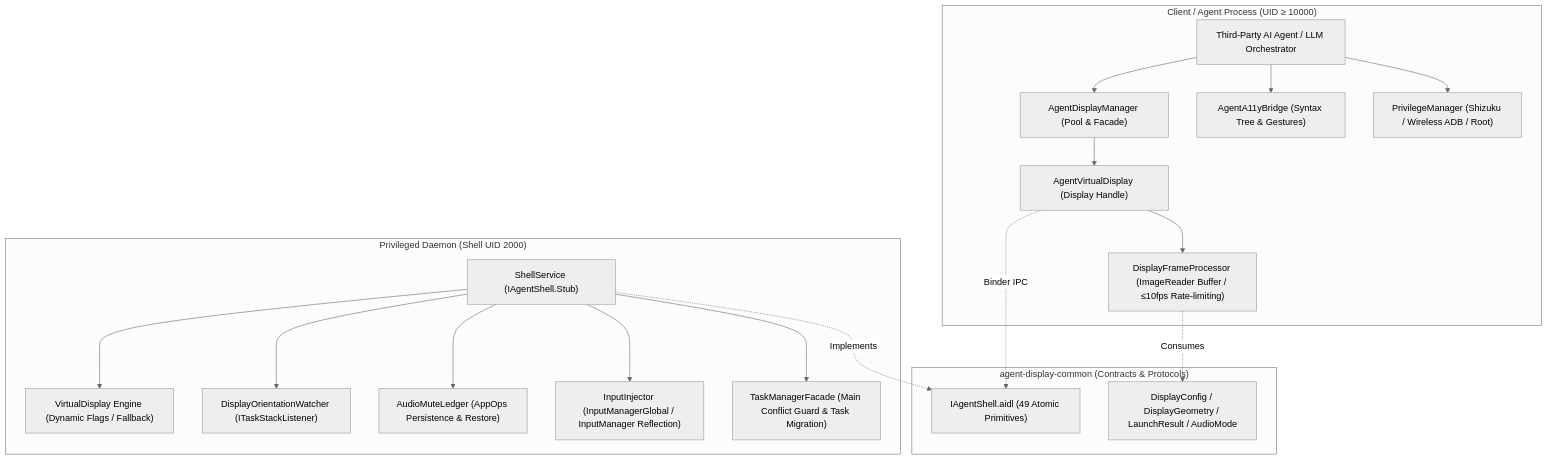
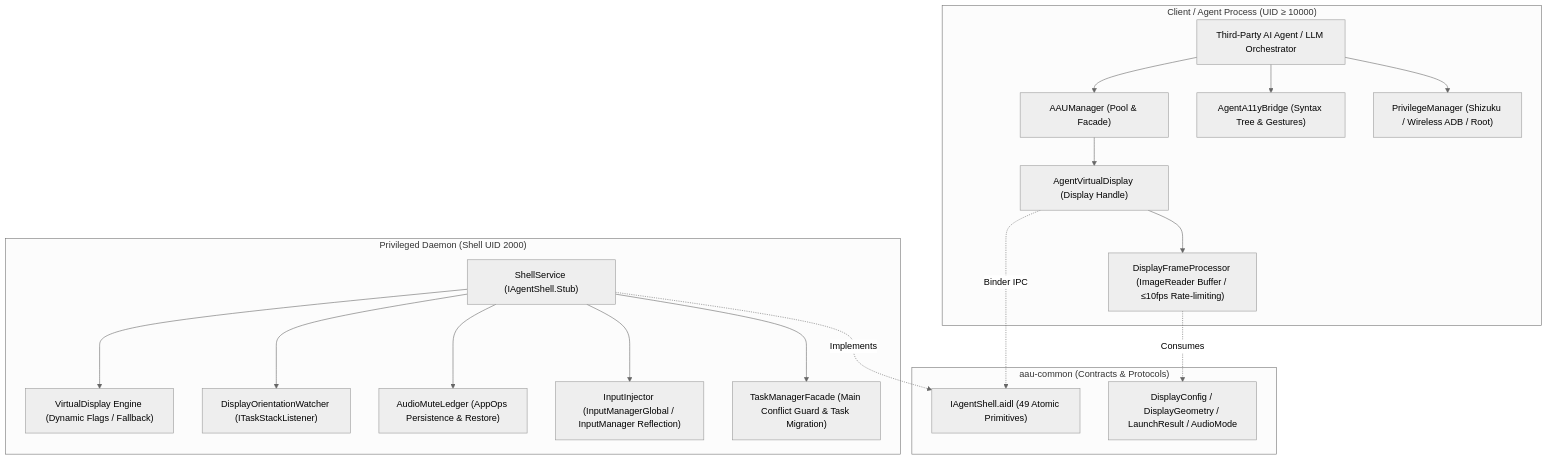
One commit to orz-i/Android-Agent-Use changed the diagram in README.en.md. Above: the diagram before and after it, drawn with Mermaid (neutral theme). The commit also changed other lines of this file and 3 other files, not shown here.

````diff
--- a/README.en.md
+++ b/README.en.md
@@ -60,41 +60,41 @@
 ```mermaid
 flowchart TD
     subgraph ClientProcess["Client / Agent Process (UID ≥ 10000)"]
         Consumer["Third-Party AI Agent / LLM Orchestrator"]
-        Manager["AgentDisplayManager (Pool & Facade)"]
+        Manager["AAUManager (Pool & Facade)"]
         Display["AgentVirtualDisplay (Display Handle)"]
         Pipeline["DisplayFrameProcessor (ImageReader Buffer / ≤10fps Rate-limiting)"]
         A11y["AgentA11yBridge (Syntax Tree & Gestures)"]
         Setup["PrivilegeManager (Shizuku / Wireless ADB / Root)"]
         
         Consumer --> Manager
         Consumer --> A11y
         Consumer --> Setup
         Manager --> Display
         Display --> Pipeline
     end
 
-    subgraph CommonLayer["agent-display-common (Contracts & Protocols)"]
+    subgraph CommonLayer["aau-common (Contracts & Protocols)"]
         AIDL["IAgentShell.aidl (49 Atomic Primitives)"]
         Models["DisplayConfig / DisplayGeometry / LaunchResult / AudioMode"]
     end
 
     subgraph DaemonProcess["Privileged Daemon (Shell UID 2000)"]
         Server["ShellService (IAgentShell.Stub)"]
         VD["VirtualDisplay Engine (Dynamic Flags / Fallback)"]
         Rotation["DisplayOrientationWatcher (ITaskStackListener)"]
         Audio["AudioMuteLedger (AppOps Persistence & Restore)"]
         Input["InputInjector (InputManagerGlobal / InputManager Reflection)"]
         TaskManager["TaskManagerFacade (Main Conflict Guard & Task Migration)"]
 
         Server --> VD
         Server --> Rotation
         Server --> Audio
         Server --> Input
         Server --> TaskManager
     end
 
     Display -.->|Binder IPC| AIDL
     Server -.->|Implements| AIDL
     Pipeline -.->|Consumes| Models
 ```
````
